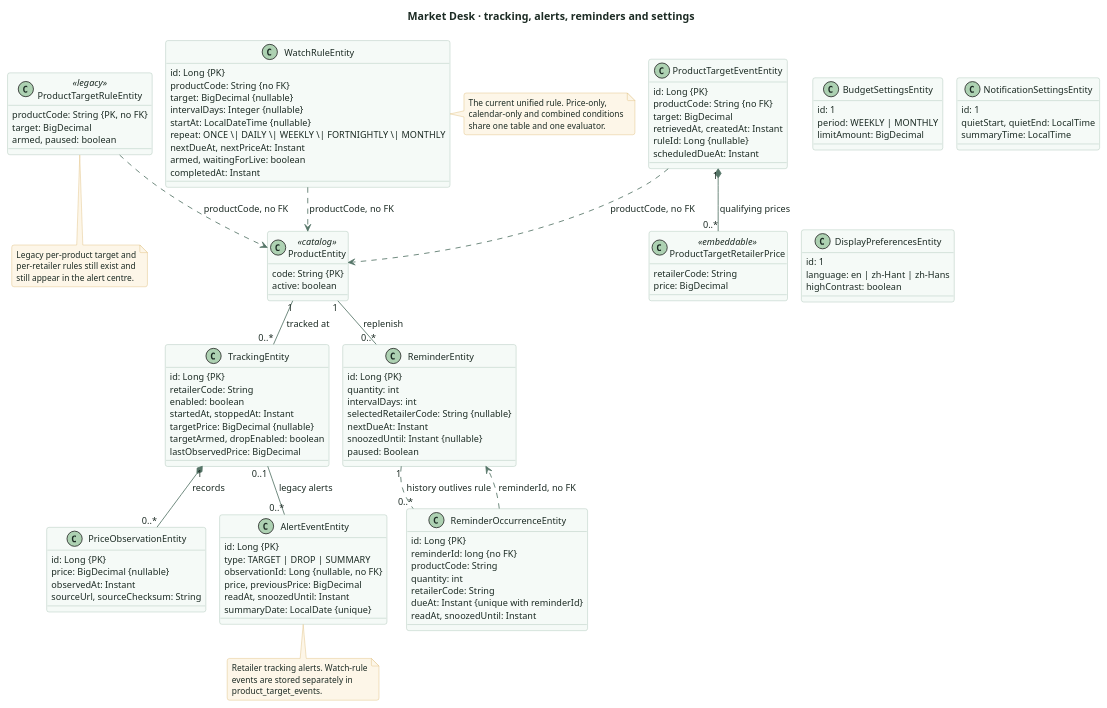
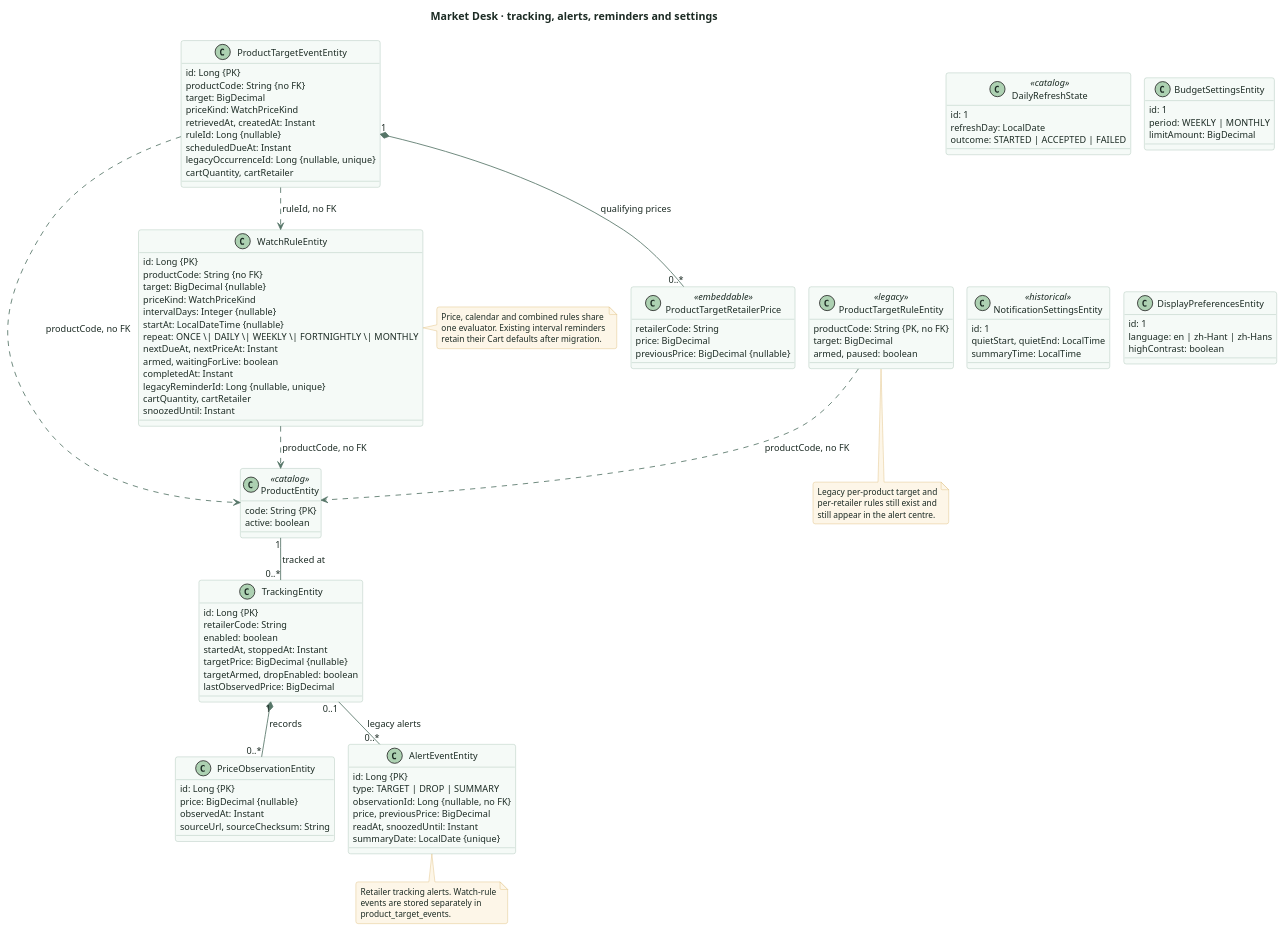
The diagram in docs/guide/system-guide/diagrams/domain-tracking.puml (LamHeiKit230208993/CS3383-Project), drawn with PlantUML before and after one commit. The commit also changed 42 other files, not shown here.

```diff
--- a/docs/guide/system-guide/diagrams/domain-tracking.puml
+++ b/docs/guide/system-guide/diagrams/domain-tracking.puml
@@ -1,153 +1,145 @@
 @startuml
 top to bottom direction
 !pragma layout smetana
 skinparam backgroundColor transparent
 skinparam defaultFontName "Segoe UI"
 skinparam defaultFontSize 12
 skinparam defaultFontColor #1C2B24
 skinparam shadowing false
 skinparam roundcorner 6
 skinparam arrowColor #557567
 skinparam arrowThickness 1.1
 skinparam classAttributeIconSize 0
 skinparam classBackgroundColor #F5FAF7
 skinparam classBorderColor #9DB9AB
 skinparam classFontColor #1C2B24
 skinparam classFontSize 12
 skinparam noteBackgroundColor #FDF6E8
 skinparam noteBorderColor #D9B56A
 skinparam noteFontSize 11
 
 title Market Desk · tracking, alerts, reminders and settings
 
 class ProductEntity <<catalog>> {
   code: String {PK}
   active: boolean
 }
 
 class TrackingEntity {
   id: Long {PK}
   retailerCode: String
   enabled: boolean
   startedAt, stoppedAt: Instant
   targetPrice: BigDecimal {nullable}
   targetArmed, dropEnabled: boolean
   lastObservedPrice: BigDecimal
 }
 
 class PriceObservationEntity {
   id: Long {PK}
   price: BigDecimal {nullable}
   observedAt: Instant
   sourceUrl, sourceChecksum: String
 }
 
 class AlertEventEntity {
   id: Long {PK}
   type: TARGET | DROP | SUMMARY
   observationId: Long {nullable, no FK}
   price, previousPrice: BigDecimal
   readAt, snoozedUntil: Instant
   summaryDate: LocalDate {unique}
 }
 
 class WatchRuleEntity {
   id: Long {PK}
   productCode: String {no FK}
   target: BigDecimal {nullable}
+  priceKind: WatchPriceKind
   intervalDays: Integer {nullable}
   startAt: LocalDateTime {nullable}
   repeat: ONCE \| DAILY \| WEEKLY \| FORTNIGHTLY \| MONTHLY
   nextDueAt, nextPriceAt: Instant
   armed, waitingForLive: boolean
   completedAt: Instant
+  legacyReminderId: Long {nullable, unique}
+  cartQuantity, cartRetailer
+  snoozedUntil: Instant
 }
 
 class ProductTargetRuleEntity <<legacy>> {
   productCode: String {PK, no FK}
   target: BigDecimal
   armed, paused: boolean
 }
 
 class ProductTargetEventEntity {
   id: Long {PK}
   productCode: String {no FK}
   target: BigDecimal
+  priceKind: WatchPriceKind
   retrievedAt, createdAt: Instant
   ruleId: Long {nullable}
   scheduledDueAt: Instant
+  legacyOccurrenceId: Long {nullable, unique}
+  cartQuantity, cartRetailer
 }
 
 class ProductTargetRetailerPrice <<embeddable>> {
   retailerCode: String
   price: BigDecimal
+  previousPrice: BigDecimal {nullable}
 }
 
-class ReminderEntity {
-  id: Long {PK}
-  quantity: int
-  intervalDays: int
-  selectedRetailerCode: String {nullable}
-  nextDueAt: Instant
-  snoozedUntil: Instant {nullable}
-  paused: Boolean
-}
-
-class ReminderOccurrenceEntity {
-  id: Long {PK}
-  reminderId: long {no FK}
-  productCode: String
-  quantity: int
-  retailerCode: String
-  dueAt: Instant {unique with reminderId}
-  readAt, snoozedUntil: Instant
+class DailyRefreshState <<catalog>> {
+  id: 1
+  refreshDay: LocalDate
+  outcome: STARTED | ACCEPTED | FAILED
 }
 
 class BudgetSettingsEntity {
   id: 1
   period: WEEKLY | MONTHLY
   limitAmount: BigDecimal
 }
 
-class NotificationSettingsEntity {
+class NotificationSettingsEntity <<historical>> {
   id: 1
   quietStart, quietEnd: LocalTime
   summaryTime: LocalTime
 }
 
 class DisplayPreferencesEntity {
   id: 1
   language: en | zh-Hant | zh-Hans
   highContrast: boolean
 }
 
 ProductEntity "1" -- "0..*" TrackingEntity : tracked at
 TrackingEntity "1" *-- "0..*" PriceObservationEntity : records
 TrackingEntity "0..1" -- "0..*" AlertEventEntity : legacy alerts
-ProductEntity "1" -- "0..*" ReminderEntity : replenish
-ReminderEntity "1" .. "0..*" ReminderOccurrenceEntity : history outlives rule
 WatchRuleEntity ..> ProductEntity : productCode, no FK
 ProductTargetRuleEntity ..> ProductEntity : productCode, no FK
 ProductTargetEventEntity ..> ProductEntity : productCode, no FK
 ProductTargetEventEntity "1" *-- "0..*" ProductTargetRetailerPrice : qualifying prices
-ReminderOccurrenceEntity ..> ReminderEntity : reminderId, no FK
+ProductTargetEventEntity ..> WatchRuleEntity : ruleId, no FK
 
 note right of WatchRuleEntity
-  The current unified rule. Price-only,
-  calendar-only and combined conditions
-  share one table and one evaluator.
+  Price, calendar and combined rules share
+  one evaluator. Existing interval reminders
+  retain their Cart defaults after migration.
 end note
 
 note bottom of ProductTargetRuleEntity
   Legacy per-product target and
   per-retailer rules still exist and
   still appear in the alert centre.
 end note
 
 note bottom of AlertEventEntity
   Retailer tracking alerts. Watch-rule
   events are stored separately in
   product_target_events.
 end note
 
 @enduml
```
